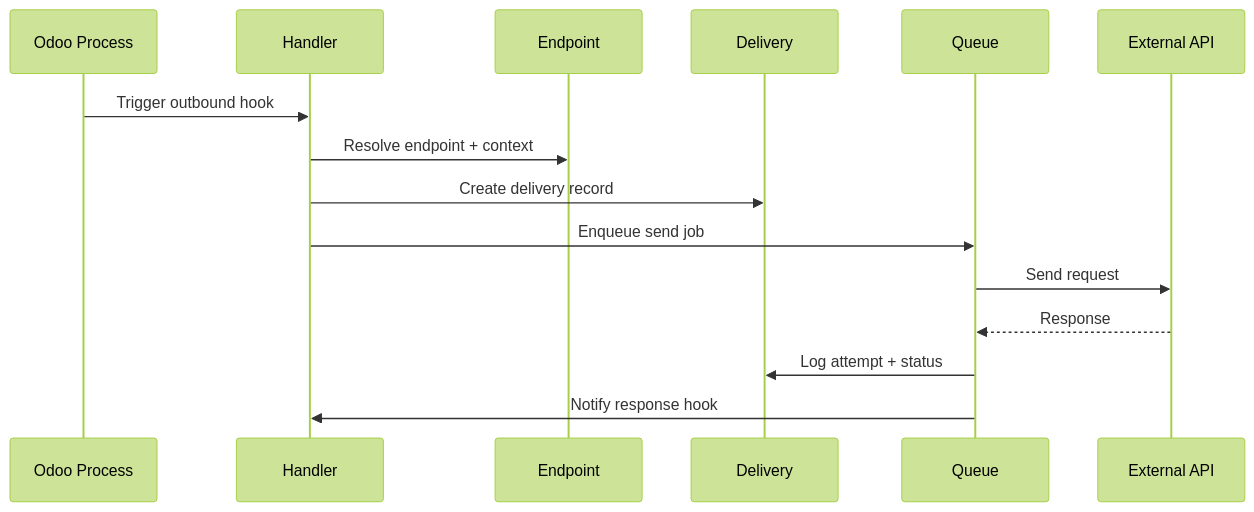
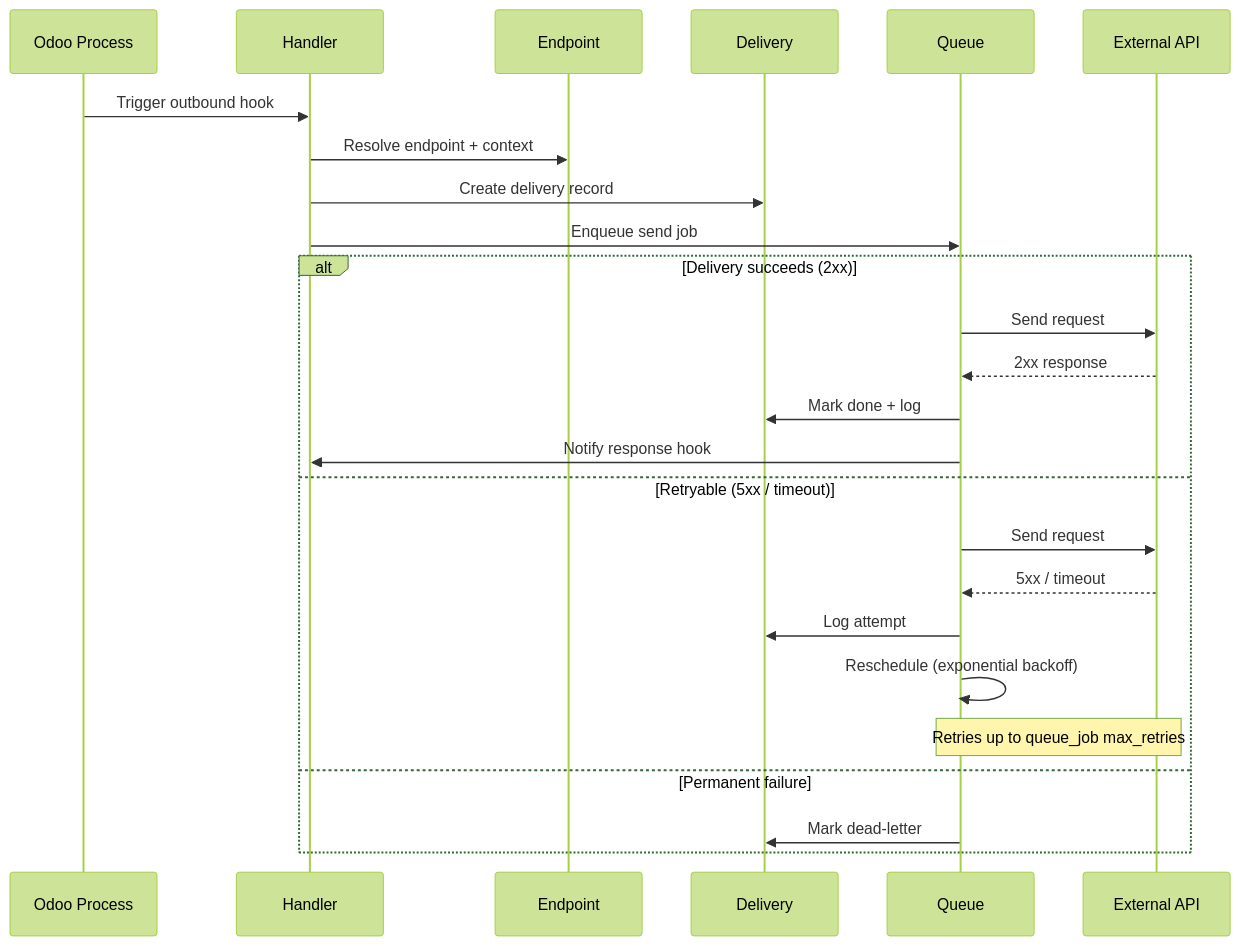
Before and after one commit to bitwise-hq/odoo-webhooks: the diagram in docs/diagrams/webhooks-outbound-sequence.mmd, drawn with Mermaid (forest theme). The commit also changed 11 other files, not shown here.

Commit message:
[IMP] docs: add retry and dead-letter paths to inbound and outbound flow diagrams

```diff
--- a/docs/diagrams/webhooks-outbound-sequence.mmd
+++ b/docs/diagrams/webhooks-outbound-sequence.mmd
@@ -1,16 +1,26 @@
 sequenceDiagram
   participant Odoo as Odoo Process
   participant Handler
   participant Endpoint
   participant Delivery
   participant Queue
   participant API as External API
 
   Odoo->>Handler: Trigger outbound hook
   Handler->>Endpoint: Resolve endpoint + context
   Handler->>Delivery: Create delivery record
   Handler->>Queue: Enqueue send job
-  Queue->>API: Send request
-  API-->>Queue: Response
-  Queue->>Delivery: Log attempt + status
-  Queue->>Handler: Notify response hook
+  alt Delivery succeeds (2xx)
+    Queue->>API: Send request
+    API-->>Queue: 2xx response
+    Queue->>Delivery: Mark done + log
+    Queue->>Handler: Notify response hook
+  else Retryable (5xx / timeout)
+    Queue->>API: Send request
+    API-->>Queue: 5xx / timeout
+    Queue->>Delivery: Log attempt
+    Queue->>Queue: Reschedule (exponential backoff)
+    note over Queue,API: Retries up to queue_job max_retries
+  else Permanent failure
+    Queue->>Delivery: Mark dead-letter
+  end
```
